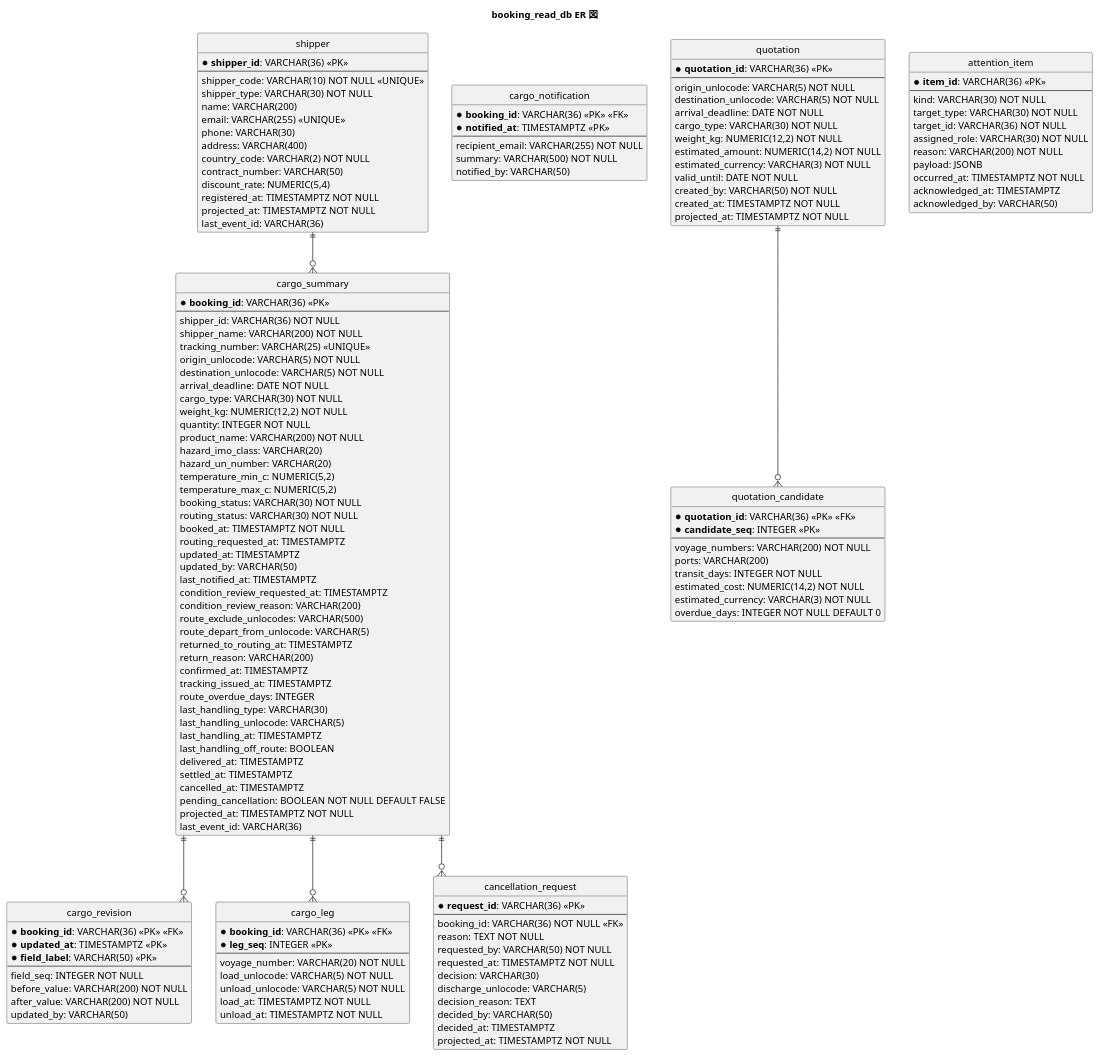
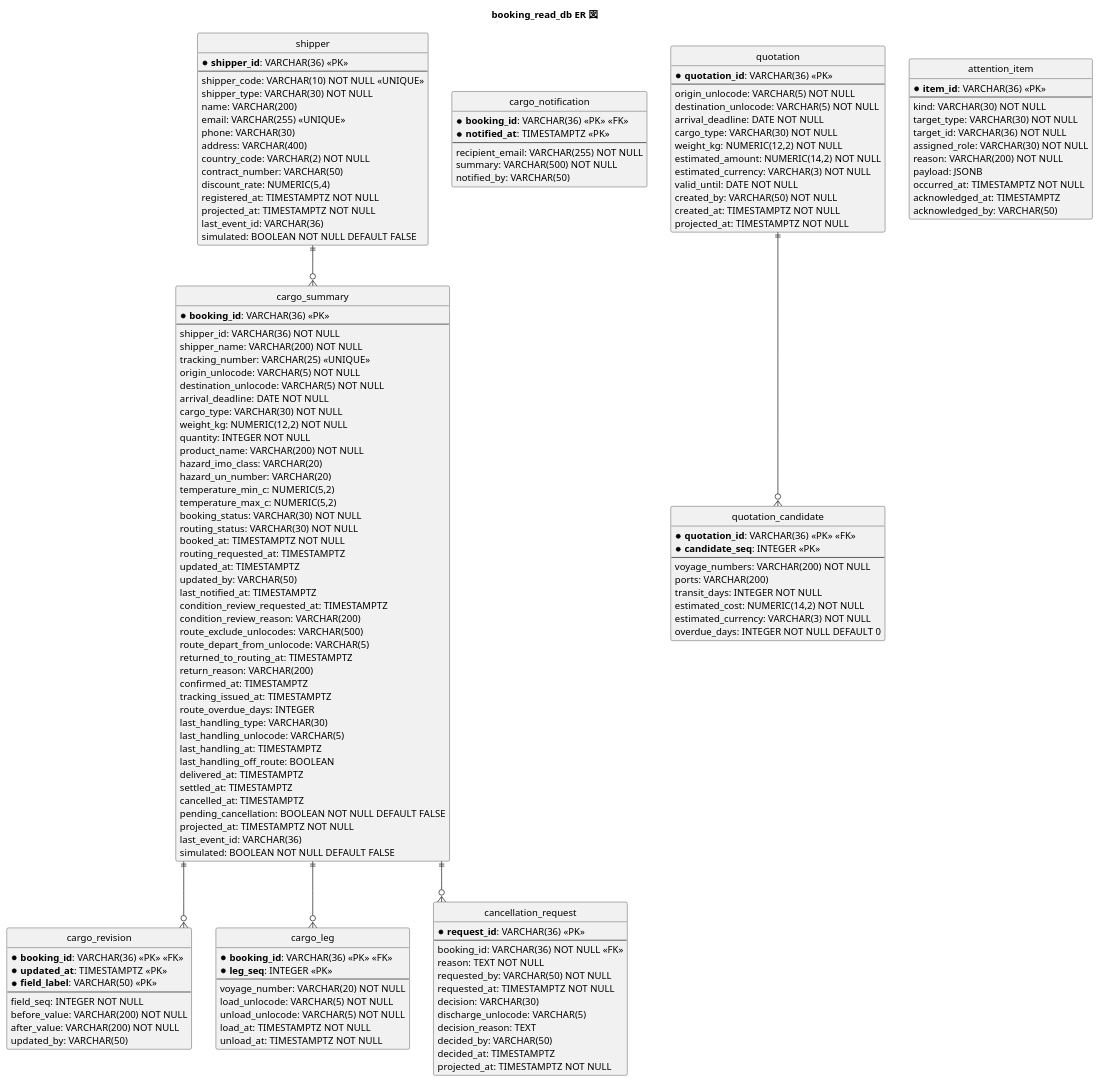
One commit to k2works/case-study-cargo-tracker changed the fourth of 11 diagrams in docs/design/cargo-tracker/data-model.md. Above: the diagram before and after it, drawn with PlantUML. The commit also changed other lines of this file and 2 other files, not shown here.

```diff
--- a/docs/design/cargo-tracker/data-model.md
+++ b/docs/design/cargo-tracker/data-model.md
@@ -265,6 +265,7 @@
   registered_at: TIMESTAMPTZ NOT NULL
   projected_at: TIMESTAMPTZ NOT NULL
   last_event_id: VARCHAR(36)
+  simulated: BOOLEAN NOT NULL DEFAULT FALSE
 }
 
 entity "cargo_summary" as cargo {
@@ -310,6 +311,7 @@
   pending_cancellation: BOOLEAN NOT NULL DEFAULT FALSE
   projected_at: TIMESTAMPTZ NOT NULL
   last_event_id: VARCHAR(36)
+  simulated: BOOLEAN NOT NULL DEFAULT FALSE
 }
 
 entity "cargo_notification" as note {
```
